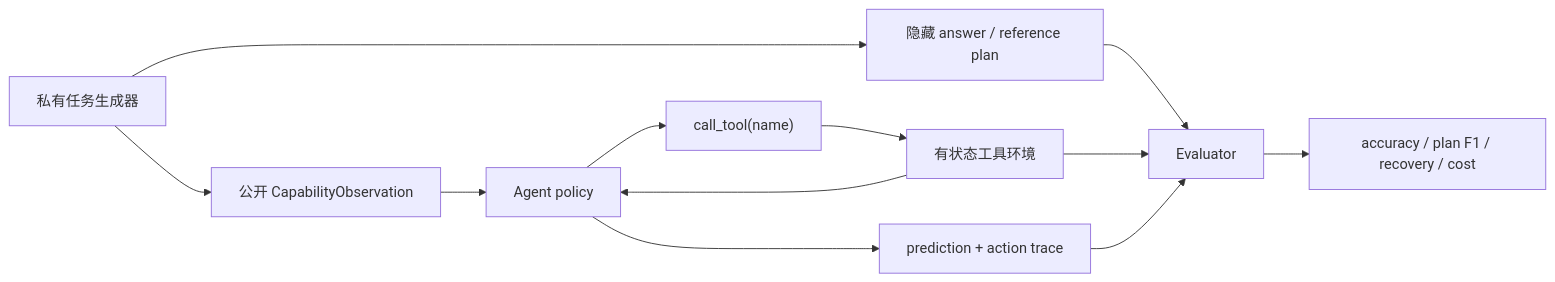
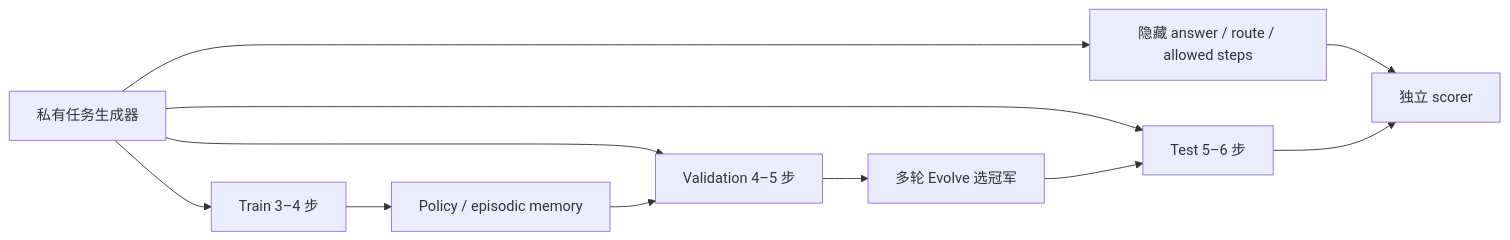
Before and after one commit to daiwk/auto-research: the diagram in docs/agent-research/capability-benchmark.md, drawn with Mermaid. The commit also changed other lines of this file and 37 other files, not shown here.

````diff
--- a/docs/agent-research/capability-benchmark.md
+++ b/docs/agent-research/capability-benchmark.md
@@ -18,14 +25,13 @@
 ```mermaid
 flowchart LR
-    G["私有任务生成器"] --> O["公开 CapabilityObservation"]
-    G --> L["隐藏 answer / reference plan"]
-    O --> P["Agent policy"]
-    P --> T["call_tool(name)"]
-    T --> E["有状态工具环境"]
-    E --> P
-    P --> R["prediction + action trace"]
-    L --> V["Evaluator"]
-    E --> V
-    R --> V
-    V --> M["accuracy / plan F1 / recovery / cost"]
+    G["私有任务生成器"] --> T["Train 3–4 步"]
+    G --> V["Validation 4–5 步"]
+    G --> E["Test 5–6 步"]
+    T --> P["Policy / episodic memory"]
+    P --> V
+    V --> C["多轮 Evolve 选冠军"]
+    C --> E
+    G --> H["隐藏 answer / route / allowed steps"]
+    H --> S["独立 scorer"]
+    E --> S
 ```
````
